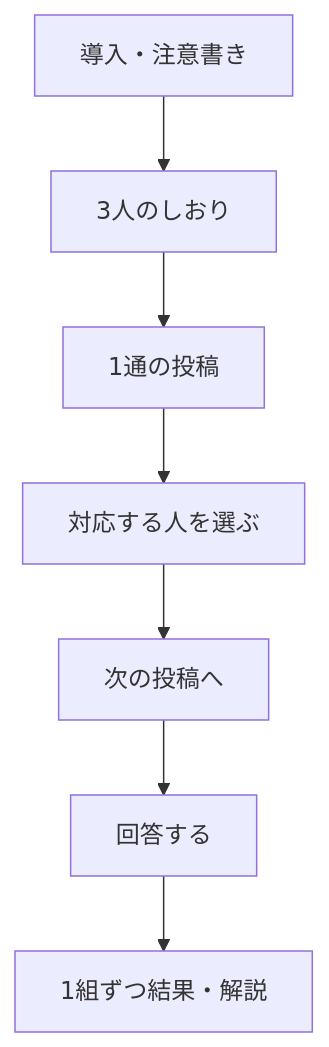
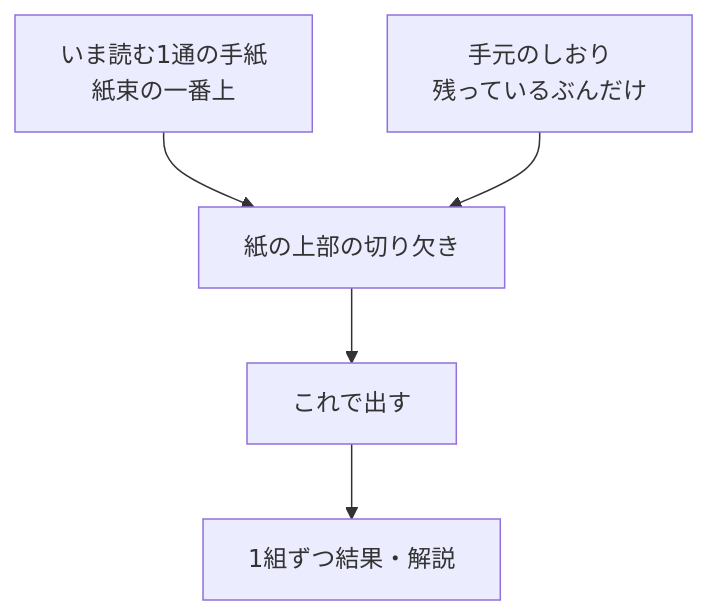
One commit to Digix00/58-Hackathon-202609 changed the diagram in docs/requirements/screens/quiz.md. Above: the diagram before and after it, drawn with Mermaid. The commit also changed other lines of this file and 26 other files, not shown here.

````diff
--- a/docs/requirements/screens/quiz.md
+++ b/docs/requirements/screens/quiz.md
@@ -13,12 +13,12 @@
 ```mermaid
 flowchart TB
-  Guide["導入・注意書き"]
-  Participants["3人のしおり"]
-  Post["1通の投稿"]
-  Answer["対応する人を選ぶ"]
-  Next["次の投稿へ"]
-  Submit["回答する"]
+  Letter["いま読む1通の手紙<br/>紙束の一番上"]
+  Slot["紙の上部の切り欠き"]
+  Tray["手元のしおり<br/>残っているぶんだけ"]
+  Send["これで出す"]
   Result["1組ずつ結果・解説"]
 
-  Guide --> Participants --> Post --> Answer --> Next --> Submit --> Result
+  Letter --> Slot
+  Tray --> Slot
+  Slot --> Send --> Result
 ```
````
